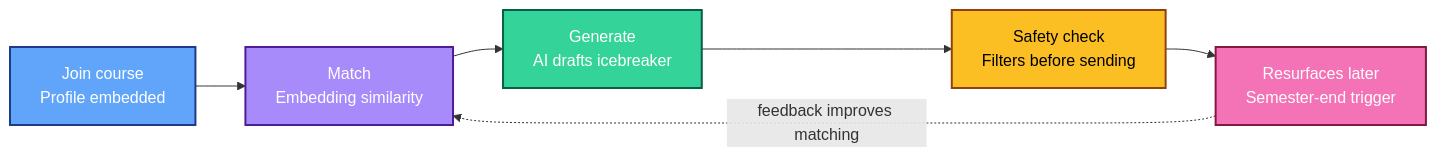
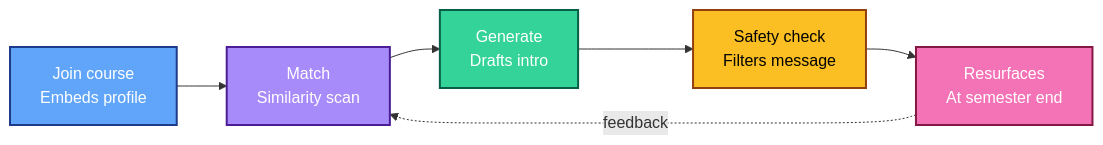
One commit to huskies-reconnect-org/huskies-reconnect changed the first of 2 diagrams in README.md. Above: the diagram before and after it, drawn with Mermaid. The commit also changed other lines of this file, not shown here.

Commit message:
Update flowchart descriptions in README.md

````diff
--- a/README.md
+++ b/README.md
@@ -29,14 +29,15 @@
 ```mermaid
+%%{init: {'flowchart': {'useMaxWidth': false}}}%%
 flowchart LR
-    A["Join course<br/>Profile embedded"]:::join --> B["Match<br/>Embedding similarity"]:::match
-    B --> C["Generate<br/>AI drafts icebreaker"]:::generate
-    C --> D["Safety check<br/>Filters before sending"]:::safety
-    D --> E["Resurfaces later<br/>Semester-end trigger"]:::resurface
-    E -.feedback improves matching.-> B
+    A["Join course<br/>Embeds profile"]:::join --> B["Match<br/>Similarity scan"]:::match
+    B --> C["Generate<br/>Drafts intro"]:::generate
+    C --> D["Safety check<br/>Filters message"]:::safety
+    D --> E["Resurfaces<br/>At semester end"]:::resurface
+    E -.feedback.-> B
 
     classDef join fill:#60a5fa,stroke:#1e3a8a,stroke-width:2px,color:#fff
     classDef match fill:#a78bfa,stroke:#4c1d95,stroke-width:2px,color:#fff
     classDef generate fill:#34d399,stroke:#065f46,stroke-width:2px,color:#fff
     classDef safety fill:#fbbf24,stroke:#92400e,stroke-width:2px,color:#000
     classDef resurface fill:#f472b6,stroke:#831843,stroke-width:2px,color:#fff
 ```
````
